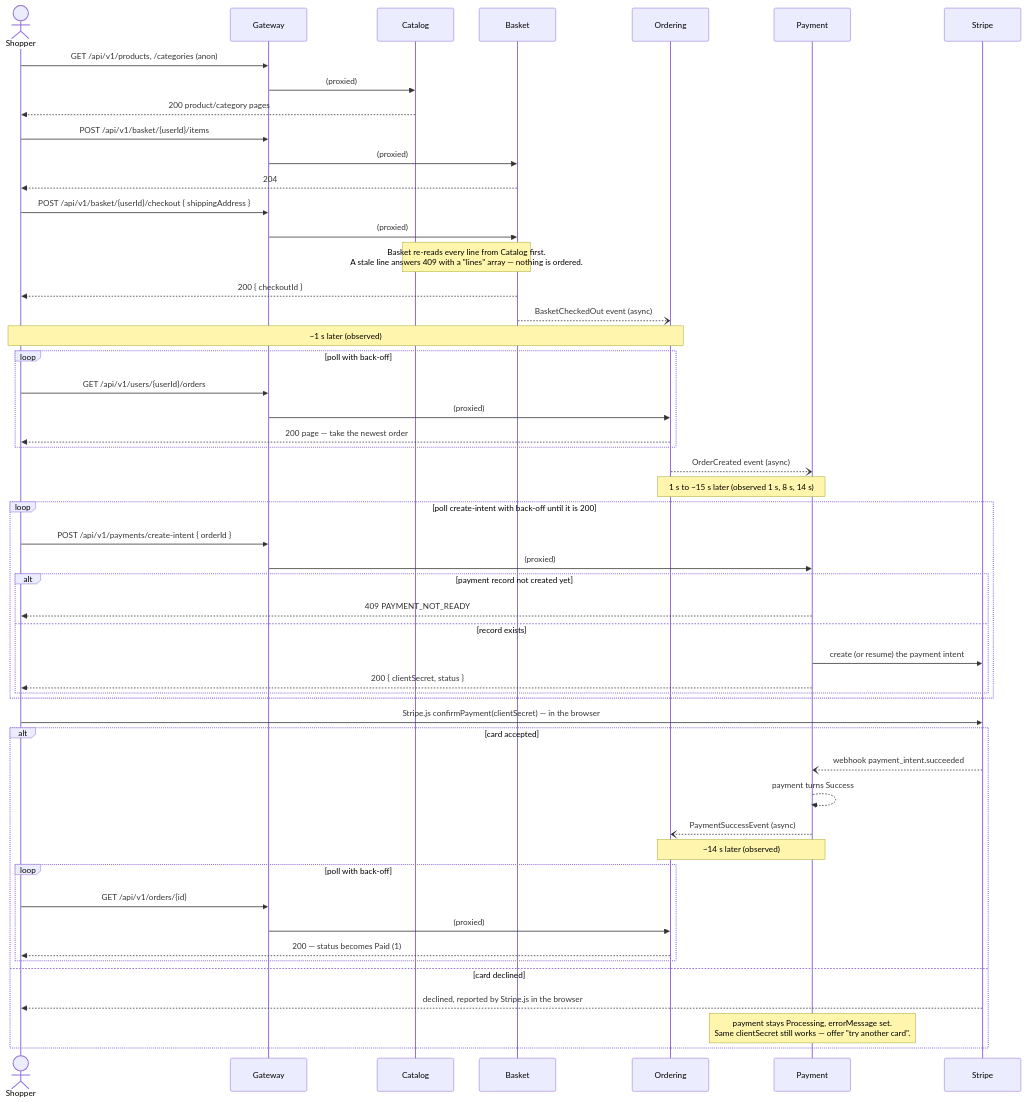
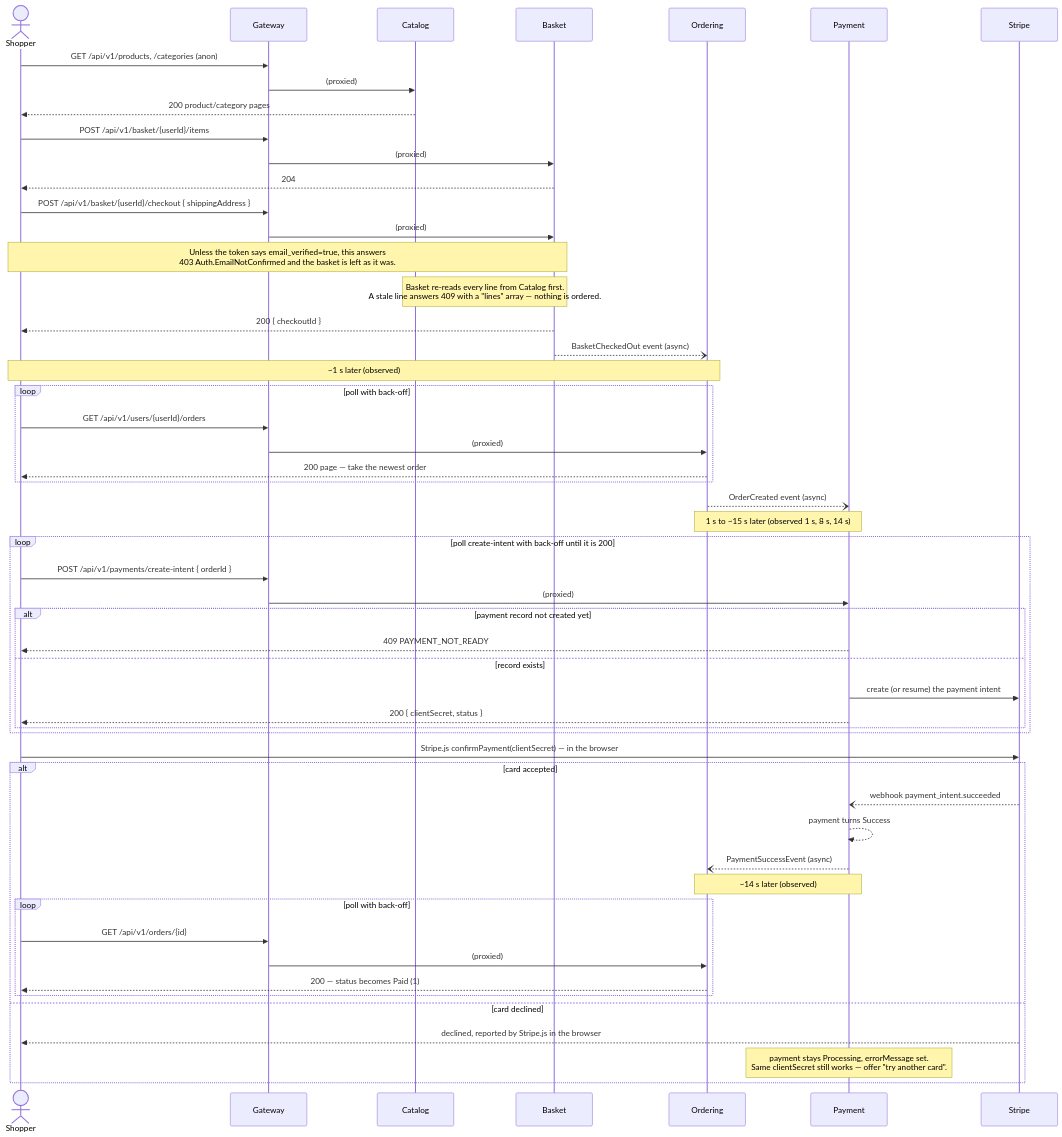
Before and after one commit to Granuch/EShop: the second of 6 diagrams in docs/01-overview/frontend/flows.md, drawn with Mermaid. The commit also changed other lines of this file and 39 other files, not shown here.

````diff
--- a/docs/01-overview/frontend/flows.md
+++ b/docs/01-overview/frontend/flows.md
@@ -100,60 +108,61 @@
 ```mermaid
 sequenceDiagram
     actor U as Shopper
     participant GW as Gateway
     participant CAT as Catalog
     participant BAS as Basket
     participant ORD as Ordering
     participant PAY as Payment
     participant STR as Stripe
 
     U->>GW: GET /api/v1/products, /categories (anon)
     GW->>CAT: (proxied)
     CAT-->>U: 200 product/category pages
 
     U->>GW: POST /api/v1/basket/{userId}/items
     GW->>BAS: (proxied)
     BAS-->>U: 204
 
     U->>GW: POST /api/v1/basket/{userId}/checkout { shippingAddress }
     GW->>BAS: (proxied)
+    Note over U,BAS: Unless the token says email_verified=true, this answers<br/>403 Auth.EmailNotConfirmed and the basket is left as it was.
     Note over BAS,CAT: Basket re-reads every line from Catalog first.<br/>A stale line answers 409 with a "lines" array — nothing is ordered.
     BAS-->>U: 200 { checkoutId }
     BAS--)ORD: BasketCheckedOut event (async)
 
     Note over U,ORD: ~1 s later (observed)
     loop poll with back-off
         U->>GW: GET /api/v1/users/{userId}/orders
         GW->>ORD: (proxied)
         ORD-->>U: 200 page — take the newest order
     end
     ORD--)PAY: OrderCreated event (async)
 
     Note over ORD,PAY: 1 s to ~15 s later (observed 1 s, 8 s, 14 s)
     loop poll create-intent with back-off until it is 200
         U->>GW: POST /api/v1/payments/create-intent { orderId }
         GW->>PAY: (proxied)
         alt payment record not created yet
             PAY-->>U: 409 PAYMENT_NOT_READY
         else record exists
             PAY->>STR: create (or resume) the payment intent
             PAY-->>U: 200 { clientSecret, status }
         end
     end
 
     U->>STR: Stripe.js confirmPayment(clientSecret) — in the browser
     alt card accepted
         STR--)PAY: webhook payment_intent.succeeded
         PAY-->>PAY: payment turns Success
         PAY--)ORD: PaymentSuccessEvent (async)
         Note over PAY,ORD: ~14 s later (observed)
         loop poll with back-off
             U->>GW: GET /api/v1/orders/{id}
             GW->>ORD: (proxied)
             ORD-->>U: 200 — status becomes Paid (1)
         end
     else card declined
         STR-->>U: declined, reported by Stripe.js in the browser
         Note over PAY: payment stays Processing, errorMessage set.<br/>Same clientSecret still works — offer "try another card".
     end
 ```
````
